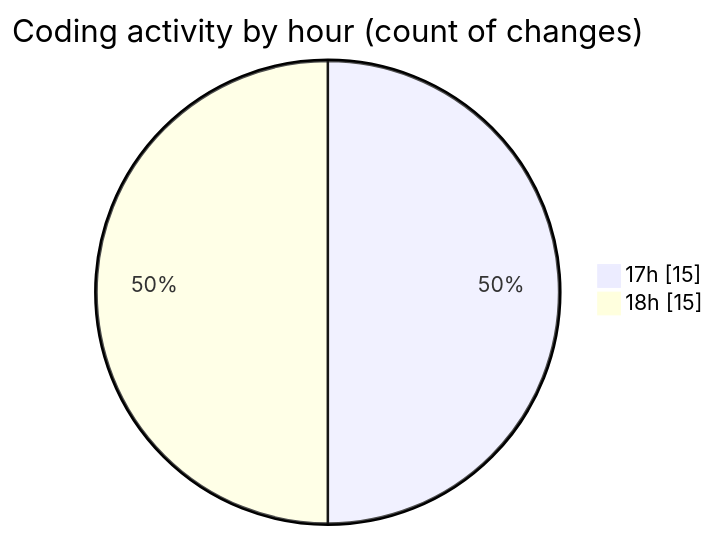
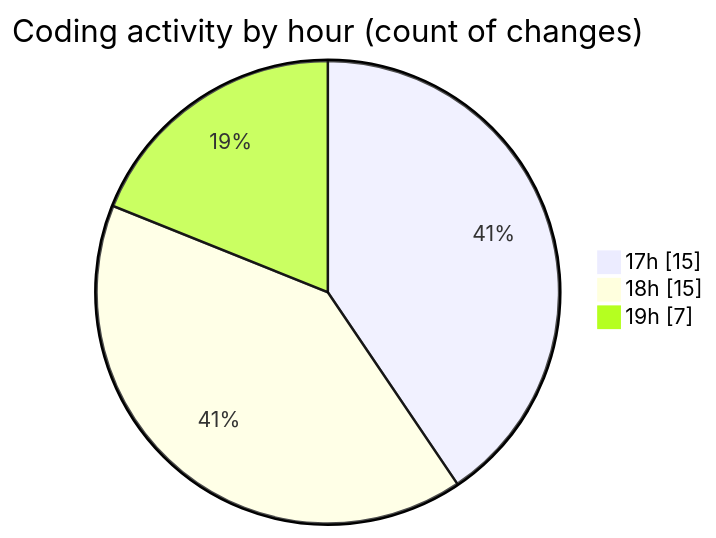
The second of 2 diagrams in 2025-08-15/rentotp/README.md (lephambinh05/code-tracking), drawn with Mermaid before and after one commit. The commit also changed other lines of this file and 1 other file, not shown here.

````diff
--- a/2025-08-15/rentotp/README.md
+++ b/2025-08-15/rentotp/README.md
@@ -42,6 +42,7 @@
 ```mermaid
 pie showData
 title Coding activity by hour (count of changes)
 "17h" : 15
 "18h" : 15
+"19h" : 7
 ```
````
